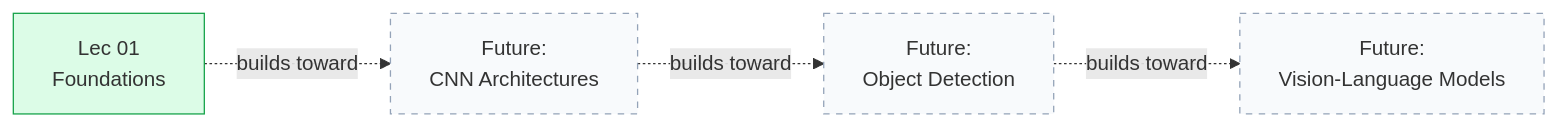
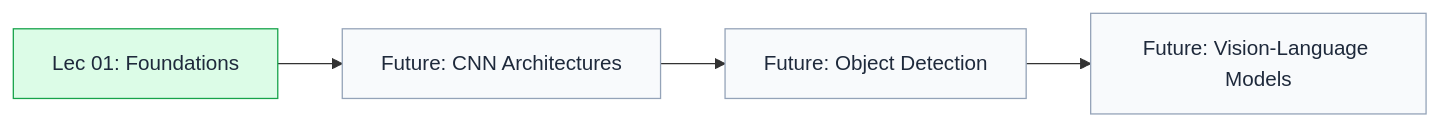
Before and after one commit to rpaut03l/TS-02-03: the tenth of 10 diagrams in CV-NLP/Lec_01_Introduction/README.md, drawn with Mermaid. The commit also changed other lines of this file and 4 other files, not shown here.

Commit message:
Fix ASCII diagram width (max 63 chars, no more wrapping) and Mermaid dark-mode contrast

````diff
--- a/CV-NLP/Lec_01_Introduction/README.md
+++ b/CV-NLP/Lec_01_Introduction/README.md
@@ -178,11 +199,11 @@
 ```mermaid
 flowchart LR
-    L1["Lec 01<br/>Foundations"] -.->|"builds toward"| CNN["Future:<br/>CNN Architectures"]
-    CNN -.->|"builds toward"| DET["Future:<br/>Object Detection"]
-    DET -.->|"builds toward"| VL["Future:<br/>Vision-Language Models"]
+    L1[Lec 01: Foundations] --> CNN[Future: CNN Architectures]
+    CNN --> DET[Future: Object Detection]
+    DET --> VL[Future: Vision-Language Models]
 
-    style L1 fill:#dcfce7,stroke:#16a34a
-    style CNN fill:#f8fafc,stroke:#94a3b8,stroke-dasharray: 5 5
-    style DET fill:#f8fafc,stroke:#94a3b8,stroke-dasharray: 5 5
-    style VL fill:#f8fafc,stroke:#94a3b8,stroke-dasharray: 5 5
+    style L1 fill:#dcfce7,stroke:#16a34a,color:#1e293b
+    style CNN fill:#f8fafc,stroke:#94a3b8,color:#1e293b
+    style DET fill:#f8fafc,stroke:#94a3b8,color:#1e293b
+    style VL fill:#f8fafc,stroke:#94a3b8,color:#1e293b
 ```
````
